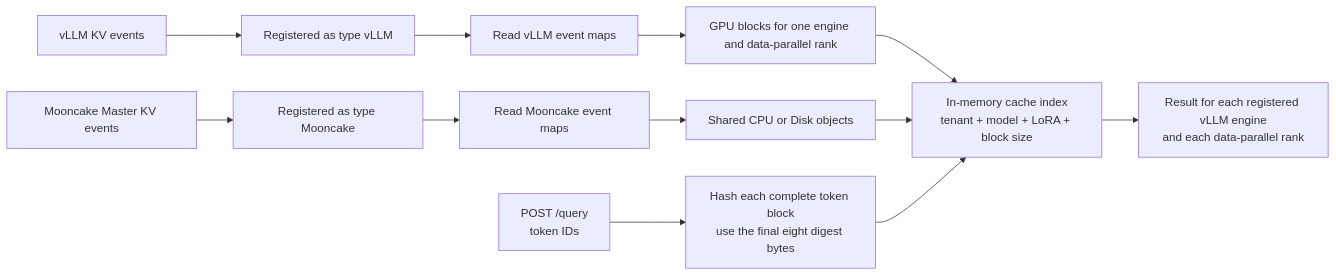
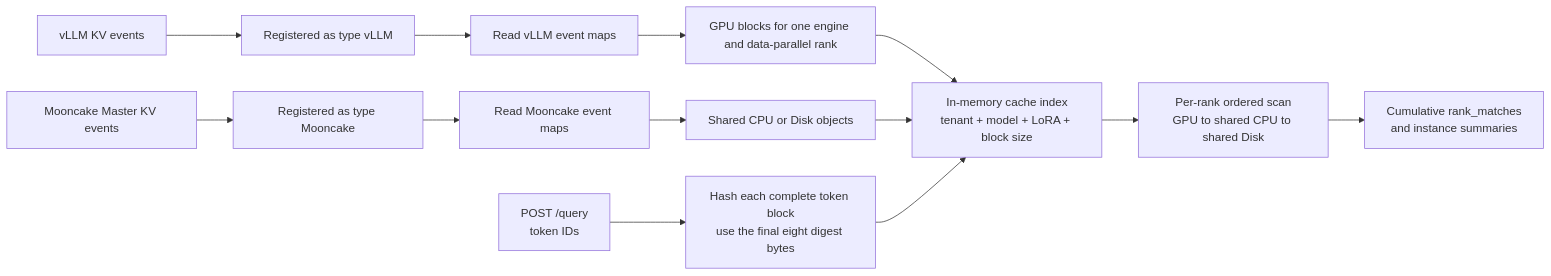
One commit to kvcache-ai/Mooncake changed the diagram in docs/source/design/conductor/conductor-architecture-design.md. Above: the diagram before and after it, drawn with Mermaid. The commit also changed other lines of this file and 17 other files, not shown here.

````diff
--- a/docs/source/design/conductor/conductor-architecture-design.md
+++ b/docs/source/design/conductor/conductor-architecture-design.md
@@ -14,14 +14,15 @@
 ```mermaid
 flowchart LR
     V["vLLM KV events"] --> VR["Registered as type vLLM"]
     M["Mooncake Master KV events"] --> MR["Registered as type Mooncake"]
     VR --> VD["Read vLLM event maps"]
     MR --> MD["Read Mooncake event maps"]
     VD --> G["GPU blocks for one engine and data-parallel rank"]
     MD --> S["Shared CPU or Disk objects"]
     G --> I["In-memory cache index<br/>tenant + model + LoRA + block size"]
     S --> I
     Q["POST /query<br/>token IDs"] --> H["Hash each complete token block<br/>use the final eight digest bytes"]
     H --> I
-    I --> R["Result for each registered vLLM engine<br/>and each data-parallel rank"]
+    I --> P["Per-rank ordered scan<br/>GPU to shared CPU to shared Disk"]
+    P --> R["Cumulative rank_matches<br/>and instance summaries"]
 ```
````
